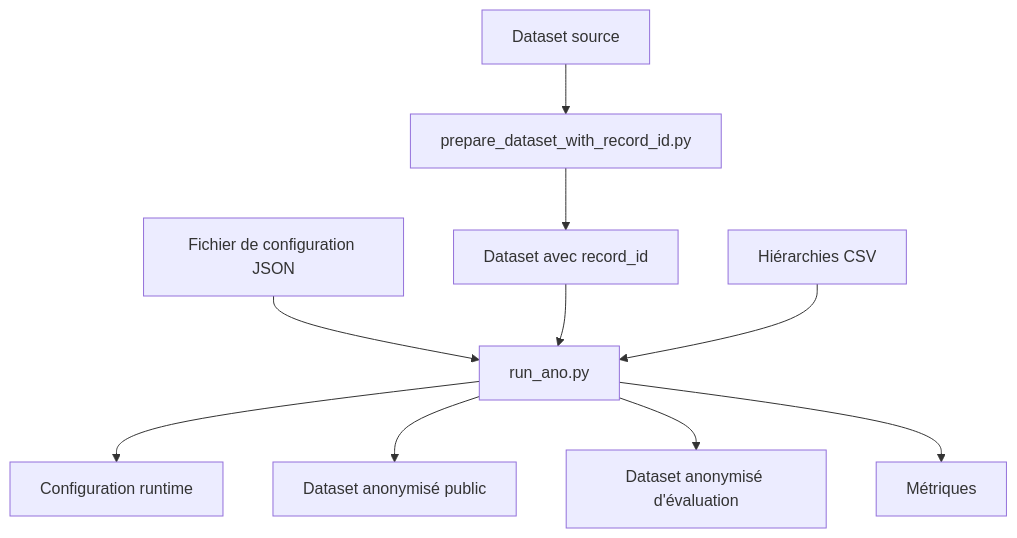
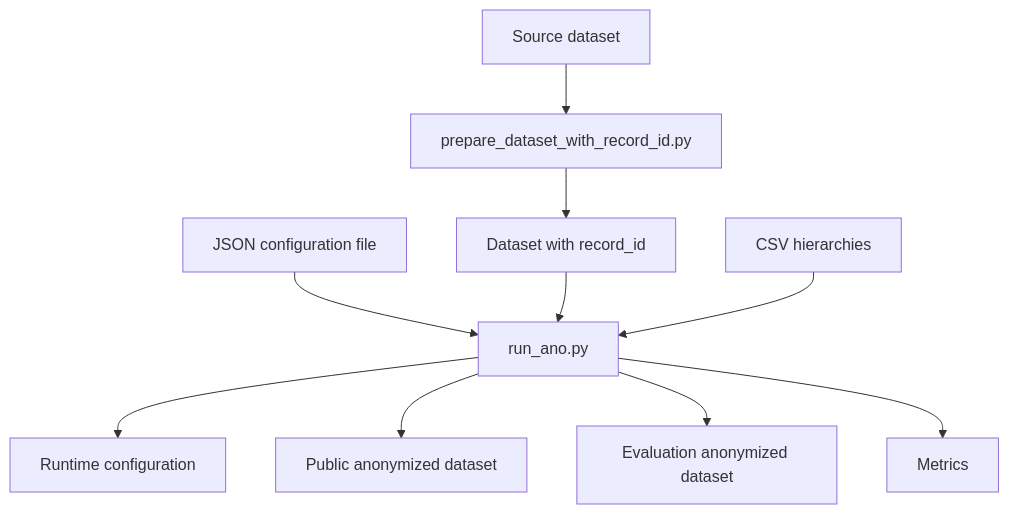
One commit to LouisJauniau/TER_privacy_attack changed the diagram in ter_attacker_08_04/docs/anonymisation.md. Above: the diagram before and after it, drawn with Mermaid. The commit also changed other lines of this file and 16 other files, not shown here.

````diff
--- a/ter_attacker_08_04/docs/anonymisation.md
+++ b/ter_attacker_08_04/docs/anonymisation.md
@@ -273,14 +273,14 @@
 ```mermaid
 flowchart TD
-    A[Dataset source] --> B[prepare_dataset_with_record_id.py]
-    B --> C[Dataset avec record_id]
+    A[Source dataset] --> B[prepare_dataset_with_record_id.py]
+    B --> C[Dataset with record_id]
 
-    D[Fichier de configuration JSON] --> E[run_ano.py]
+    D[JSON configuration file] --> E[run_ano.py]
     C --> E
-    F[Hiérarchies CSV] --> E
+    F[CSV hierarchies] --> E
 
-    E --> G[Configuration runtime]
-    E --> H[Dataset anonymisé public]
-    E --> I[Dataset anonymisé d'évaluation]
-    E --> J[Métriques]
+    E --> G[Runtime configuration]
+    E --> H[Public anonymized dataset]
+    E --> I[Evaluation anonymized dataset]
+    E --> J[Metrics]
 ```
````
